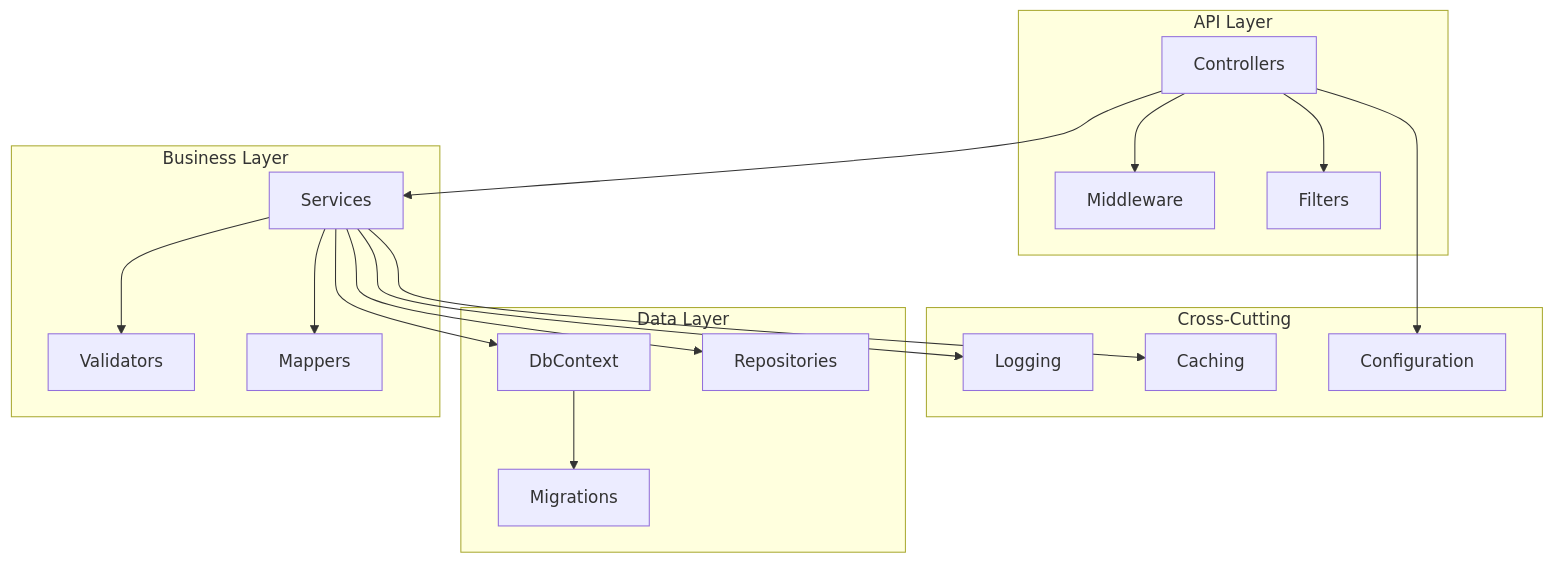
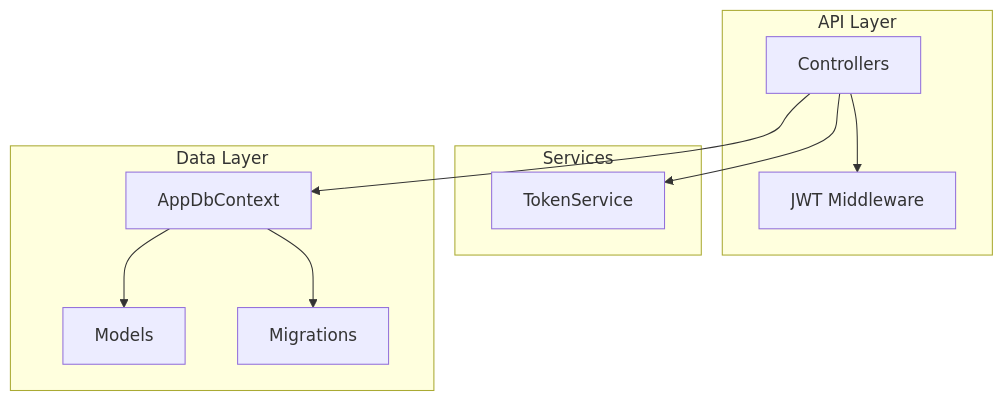
Before and after one commit to WisMaja/MyMoney: diagram 15 of 20 in docs/diagramy.md, drawn with Mermaid. The commit also changed other lines of this file and 10 other files, not shown here.

````diff
--- a/docs/diagramy.md
+++ b/docs/diagramy.md
@@ -522,41 +446,23 @@
 ```mermaid
 graph TB
     subgraph "API Layer"
         Controllers[Controllers]
-        Middleware[Middleware]
-        Filters[Filters]
+        JwtMiddleware[JWT Middleware]
     end
     
-    subgraph "Business Layer"
-        Services[Services]
-        Validators[Validators]
-        Mappers[Mappers]
+    subgraph "Services"
+        TokenService[TokenService]
     end
     
     subgraph "Data Layer"
-        DbContext[DbContext]
-        Repositories[Repositories]
+        AppDbContext[AppDbContext]
+        Models[Models]
         Migrations[Migrations]
     end
     
-    subgraph "Cross-Cutting"
-        Logging[Logging]
-        Caching[Caching]
-        Configuration[Configuration]
-    end
-    
-    Controllers --> Services
-    Controllers --> Middleware
-    Controllers --> Filters
-    
-    Services --> Validators
-    Services --> Mappers
-    Services --> DbContext
-    Services --> Repositories
-    
-    DbContext --> Migrations
-    
-    Services --> Logging
-    Services --> Caching
-    Controllers --> Configuration
+    Controllers --> TokenService
+    Controllers --> JwtMiddleware
+    Controllers --> AppDbContext
+    AppDbContext --> Models
+    AppDbContext --> Migrations
 ```
````
